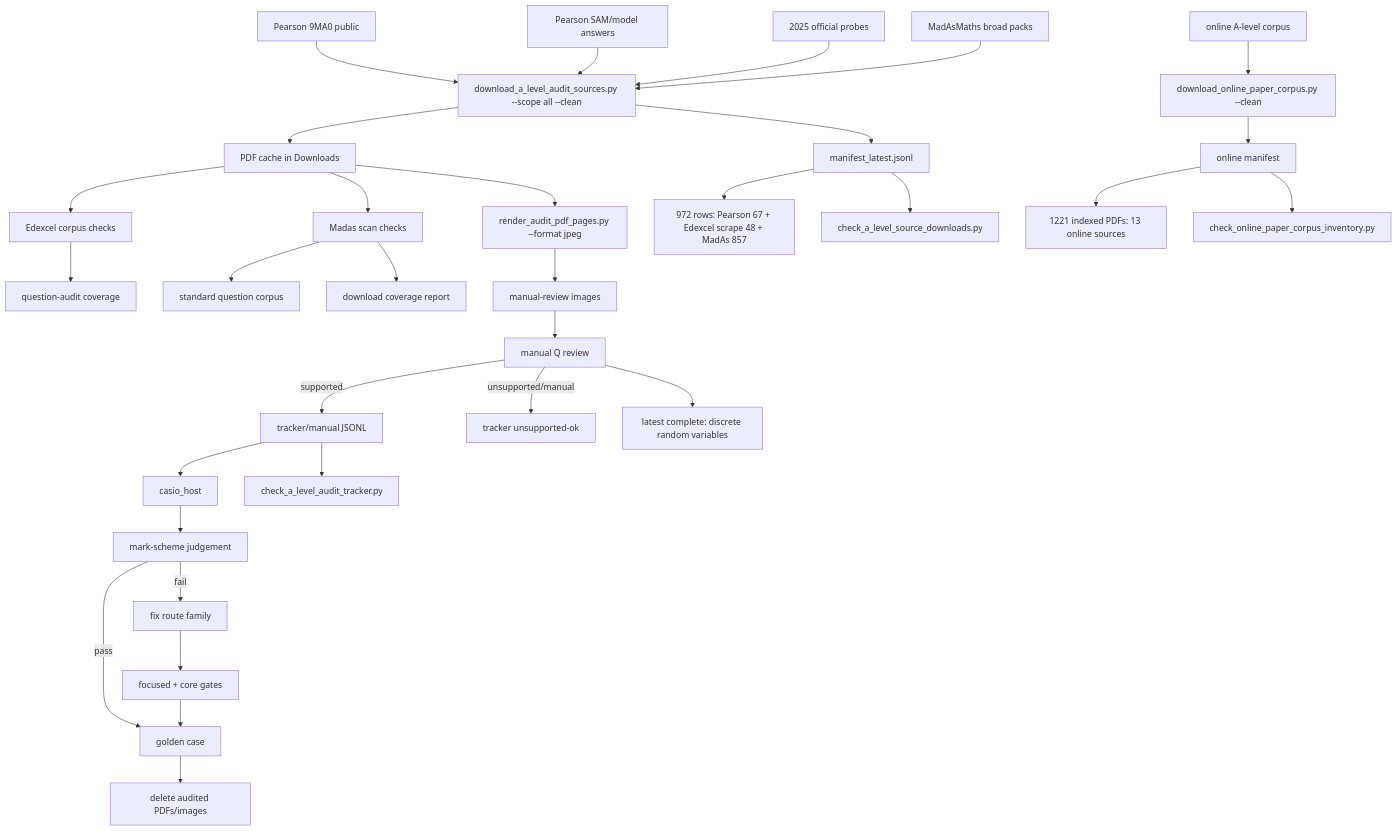
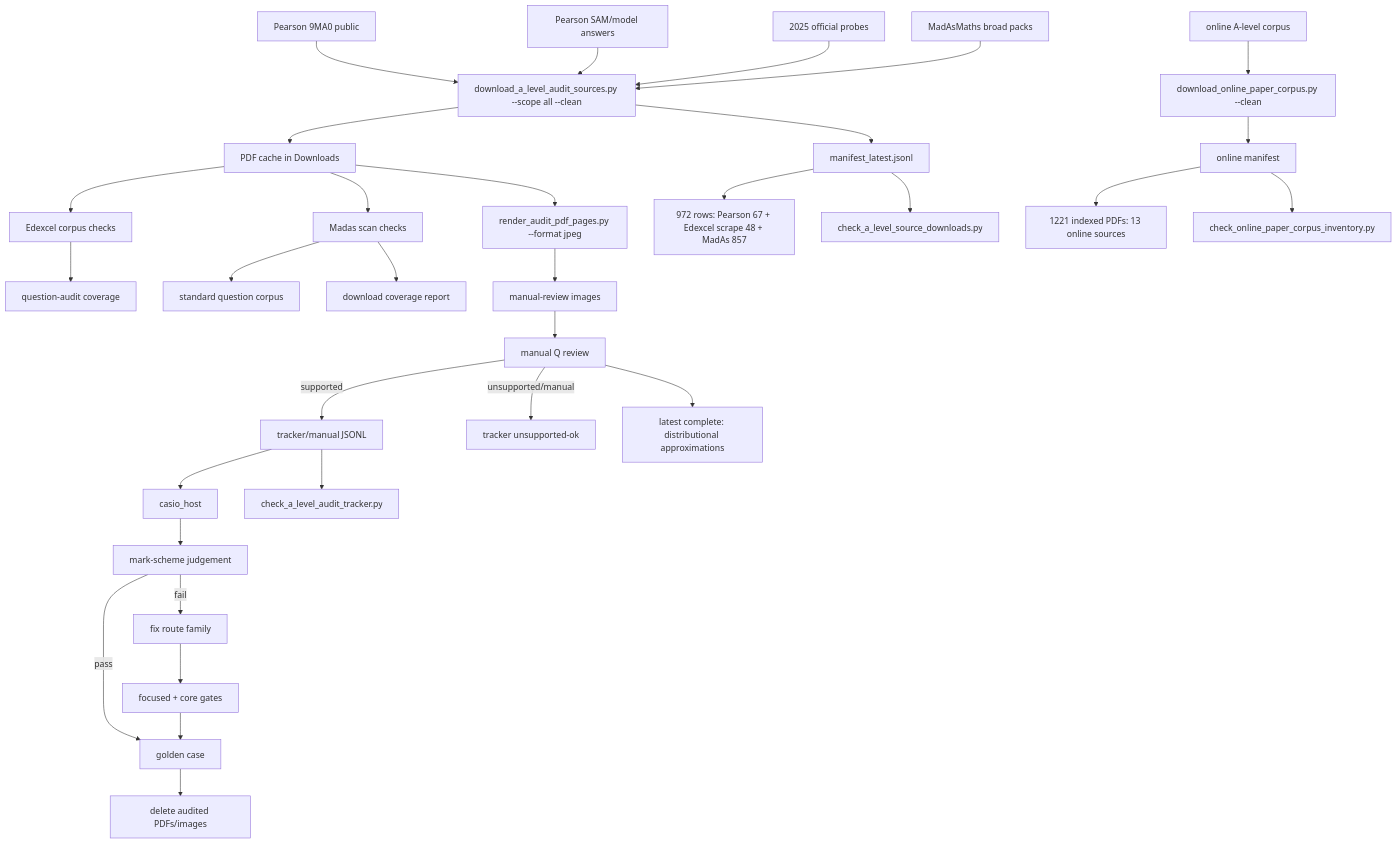
The diagram in c++/tools/golden/a_level_audit_graph.md (james8464/notes-addin-casio-fx-cg50), drawn with Mermaid before and after one commit. The commit also changed other lines of this file and 2 other files, not shown here.

Commit message:
Audit distributional approximations booklet

````diff
--- a/c++/tools/golden/a_level_audit_graph.md
+++ b/c++/tools/golden/a_level_audit_graph.md
@@ -3,34 +3,34 @@
 ```mermaid
 graph TD
   E1["Pearson 9MA0 public"] --> D["download_a_level_audit_sources.py --scope all --clean"]
   E2["Pearson SAM/model answers"] --> D
   E3["2025 official probes"] --> D
   M1["MadAsMaths broad packs"] --> D
   O1["online A-level corpus"] --> OD["download_online_paper_corpus.py --clean"]
   D --> P["PDF cache in Downloads"]
   D --> X["manifest_latest.jsonl"]
   OD --> OX["online manifest"]
   X --> XC["972 rows: Pearson 67 + Edexcel scrape 48 + MadAs 857"]
   OX --> OC["1221 indexed PDFs: 13 online sources"]
   X --> V["check_a_level_source_downloads.py"]
   OX --> OV["check_online_paper_corpus_inventory.py"]
   P --> E["Edexcel corpus checks"]
   E --> EQ["question-audit coverage"]
   P --> S["Madas scan checks"]
   S --> M["standard question corpus"]
   S --> MC["download coverage report"]
   P --> R["render_audit_pdf_pages.py --format jpeg"]
   R --> I["manual-review images"]
   I --> Q["manual Q review"]
   Q -->|supported| J["tracker/manual JSONL"]
   Q -->|unsupported/manual| U["tracker unsupported-ok"]
   J --> H["casio_host"]
   J --> K["check_a_level_audit_tracker.py"]
   H --> C["mark-scheme judgement"]
   C -->|pass| G["golden case"]
   C -->|fail| F["fix route family"]
   F --> T["focused + core gates"]
   T --> G
   G --> Z["delete audited PDFs/images"]
-  Q --> QDRV["latest complete: discrete random variables"]
+  Q --> QDistApprox["latest complete: distributional approximations"]
 ```
````
